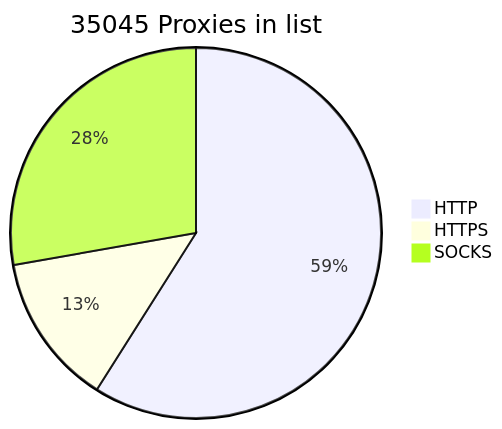
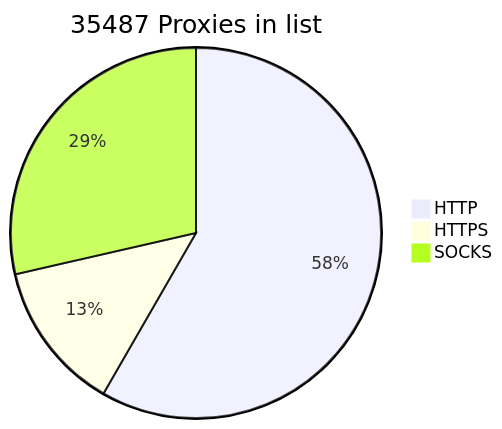
Before and after one commit to BlackSnowDot/proxylist-update-every-minute: the diagram in README.md, drawn with Mermaid. The commit also changed other lines of this file, not shown here.

````diff
--- a/README.md
+++ b/README.md
@@ -2,6 +2,6 @@
 ```mermaid
-pie title 35045 Proxies in list
+pie title 35487 Proxies in list
     "HTTP" : 22974
-    "HTTPS": 5160
-    "SOCKS" : 10818
+    "HTTPS": 5161
+    "SOCKS" : 11259
 ```
````
